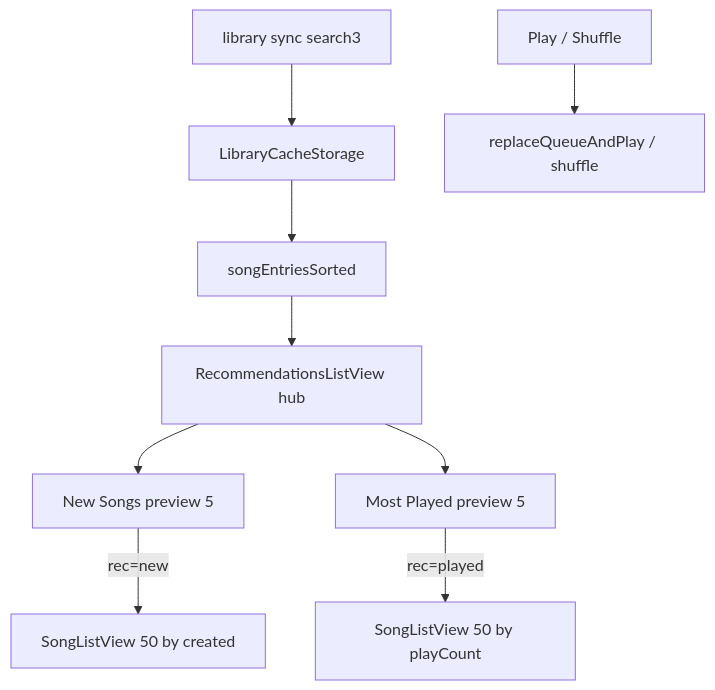
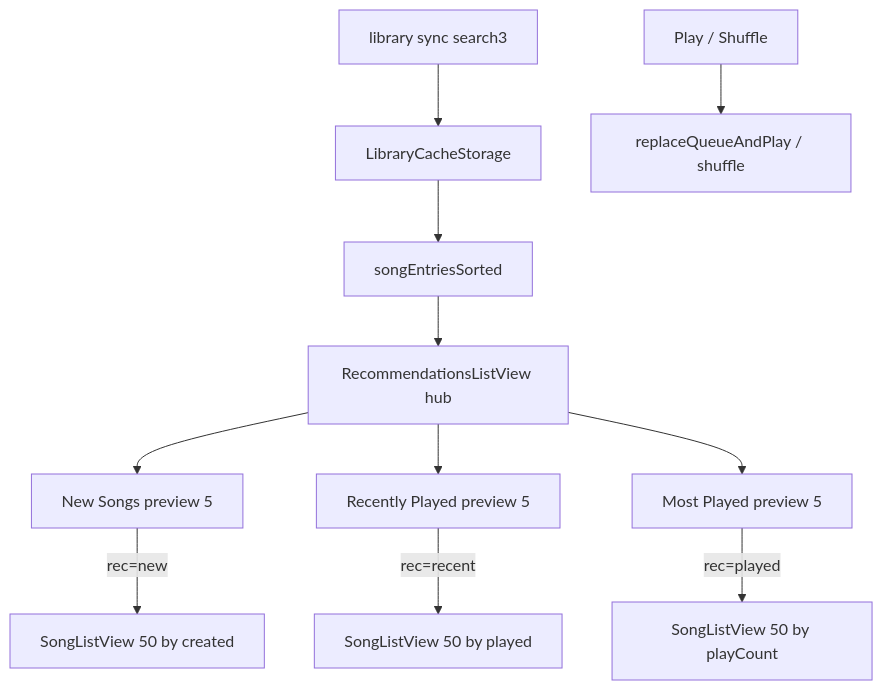
Before and after one commit to gentlespoon/AsMusic: the diagram in doc/features/recommendations.md, drawn with Mermaid. The commit also changed other lines of this file and 20 other files, not shown here.

Commit message:
feat: recently played

````diff
--- a/doc/features/recommendations.md
+++ b/doc/features/recommendations.md
@@ -33,11 +34,13 @@
 ```mermaid
 flowchart TB
   Sync[library sync search3] --> Cache[LibraryCacheStorage]
   Cache --> Ctx[songEntriesSorted]
   Ctx --> Hub[RecommendationsListView hub]
   Hub --> NewPreview[New Songs preview 5]
+  Hub --> RecentPreview[Recently Played preview 5]
   Hub --> PlayedPreview[Most Played preview 5]
   NewPreview -->|rec=new| FullNew[SongListView 50 by created]
+  RecentPreview -->|rec=recent| FullRecent[SongListView 50 by played]
   PlayedPreview -->|rec=played| FullPlayed[SongListView 50 by playCount]
   Play[Play / Shuffle] --> Queue[replaceQueueAndPlay / shuffle]
 ```
````
